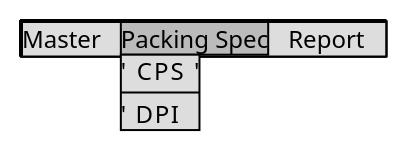
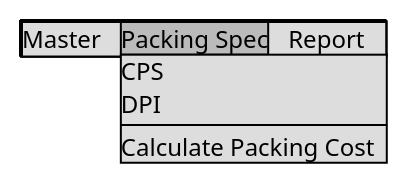
One commit to ari-fikri/packing-cost-mockup changed the diagram in menu/menu - packing spec.puml. Above: the diagram before and after it, drawn with PlantUML. The commit also changed 3 other files, not shown here.

Commit message:
Remove Report menu item Add Parameters sub menu Add Calculate Packing Cost menu

```diff
--- a/menu/menu - packing spec.puml
+++ b/menu/menu - packing spec.puml
@@ -1,7 +1,7 @@
 @startsalt
 {+
   {* Master | Packing Spec  | Report
-    Packing Spec |'  CPS  '| - |'  DPI|
+    Packing Spec |  CPS  | DPI | - | Calculate Packing Cost  |
   }
 }
 @endsalt
```
